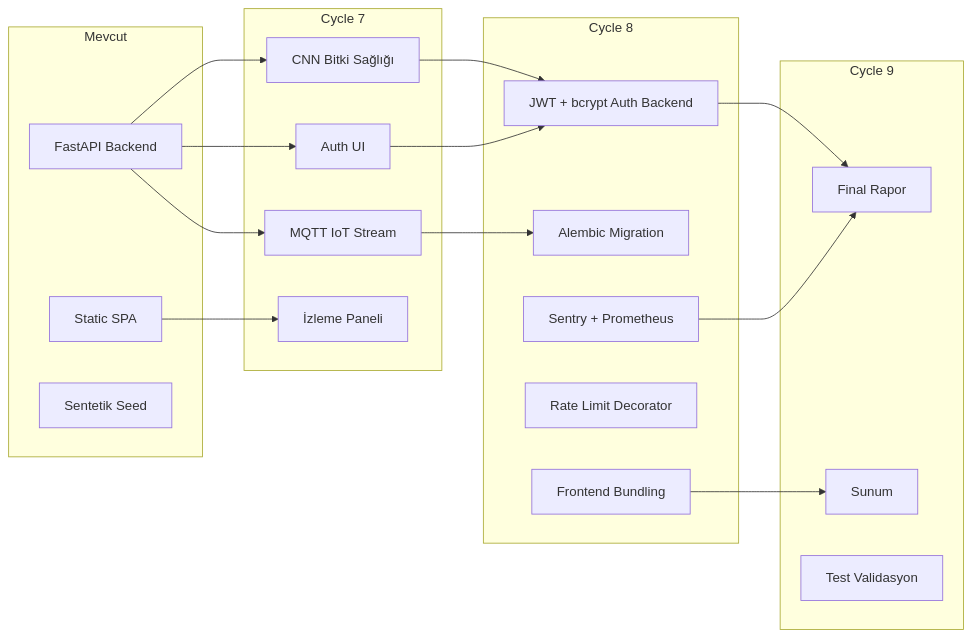
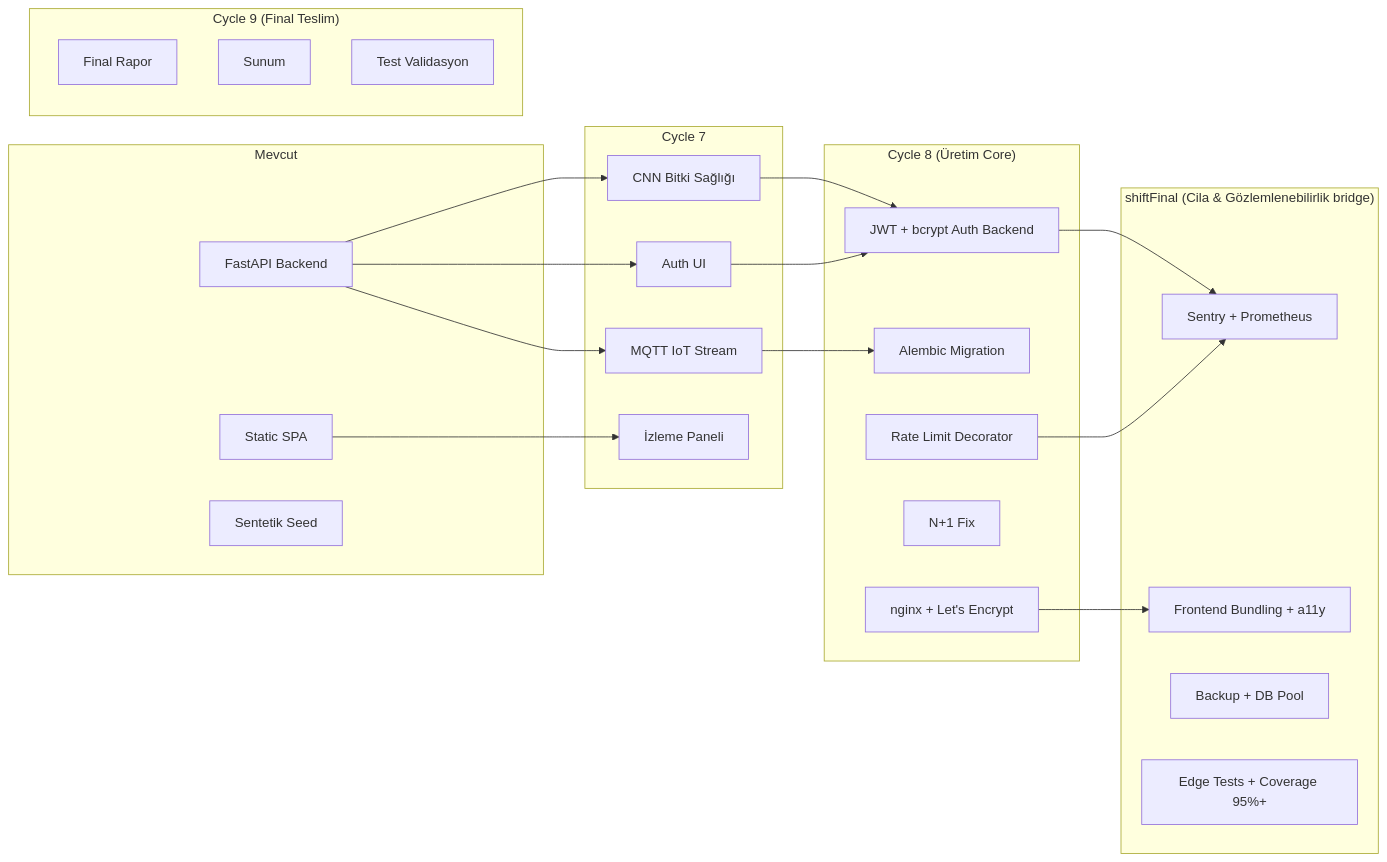
The sixth of 6 diagrams in docs/architecture.md (Ohualtex/Smart_Farming_Data_Analysis_Platform), drawn with Mermaid before and after one commit. The commit also changed other lines of this file and 9 other files, not shown here.

````diff
--- a/docs/architecture.md
+++ b/docs/architecture.md
@@ -287,40 +287,47 @@
 ```mermaid
 graph LR
     subgraph "Mevcut"
         A1[FastAPI Backend]
         A2[Static SPA]
         A3[Sentetik Seed]
     end
 
     subgraph "Cycle 7"
         B1[CNN Bitki Sağlığı]
         B2[Auth UI]
         B3[İzleme Paneli]
         B4[MQTT IoT Stream]
     end
 
-    subgraph "Cycle 8"
+    subgraph "Cycle 8 (Üretim Core)"
         C1[JWT + bcrypt Auth Backend]
         C2[Alembic Migration]
-        C3[Sentry + Prometheus]
-        C4[Rate Limit Decorator]
-        C5[Frontend Bundling]
+        C3[Rate Limit Decorator]
+        C4[N+1 Fix]
+        C5[nginx + Let's Encrypt]
     end
 
-    subgraph "Cycle 9"
-        D1[Final Rapor]
-        D2[Sunum]
-        D3[Test Validasyon]
+    subgraph "shiftFinal (Cila & Gözlemlenebilirlik bridge)"
+        D1[Sentry + Prometheus]
+        D2[Frontend Bundling + a11y]
+        D3[Backup + DB Pool]
+        D4[Edge Tests + Coverage 95%+]
+    end
+
+    subgraph "Cycle 9 (Final Teslim)"
+        E1[Final Rapor]
+        E2[Sunum]
+        E3[Test Validasyon]
     end
 
     A1 --> B1
     A1 --> B2
     A1 --> B4
     A2 --> B3
     B1 --> C1
     B2 --> C1
     B4 --> C2
     C1 --> D1
     C3 --> D1
     C5 --> D2
 ```
````
